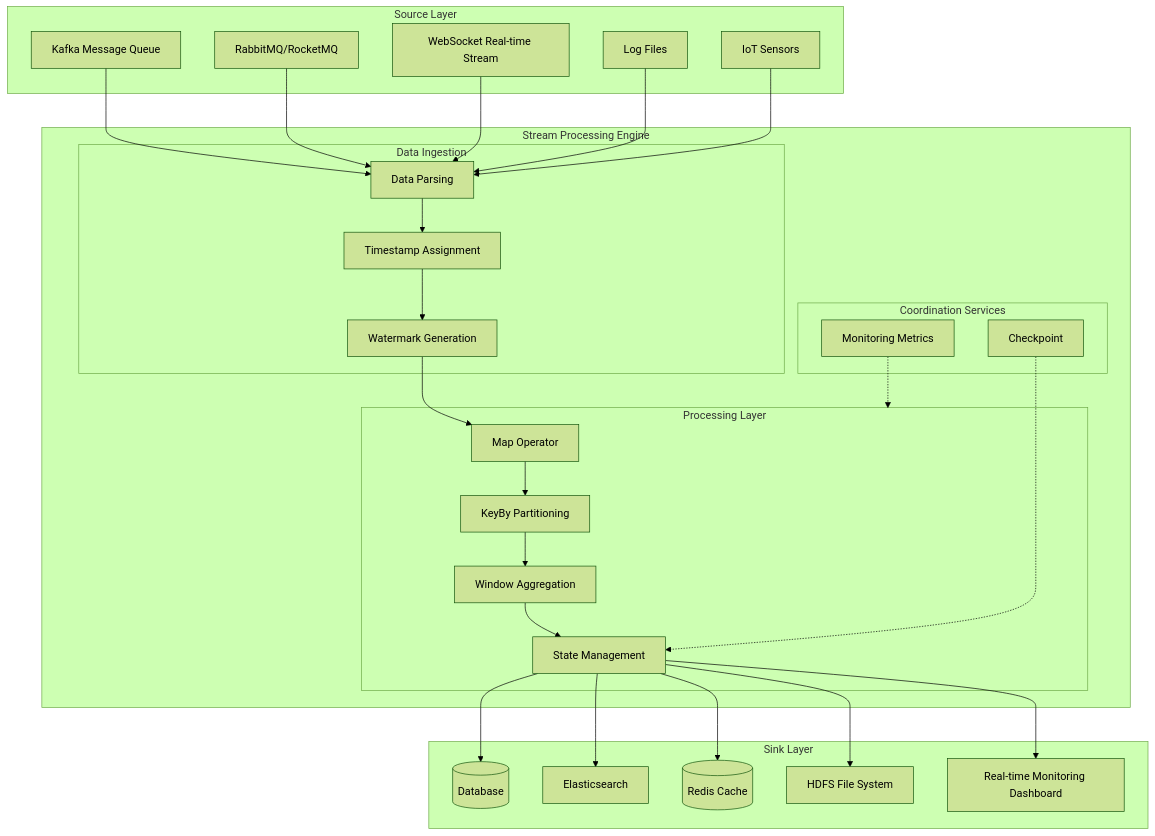
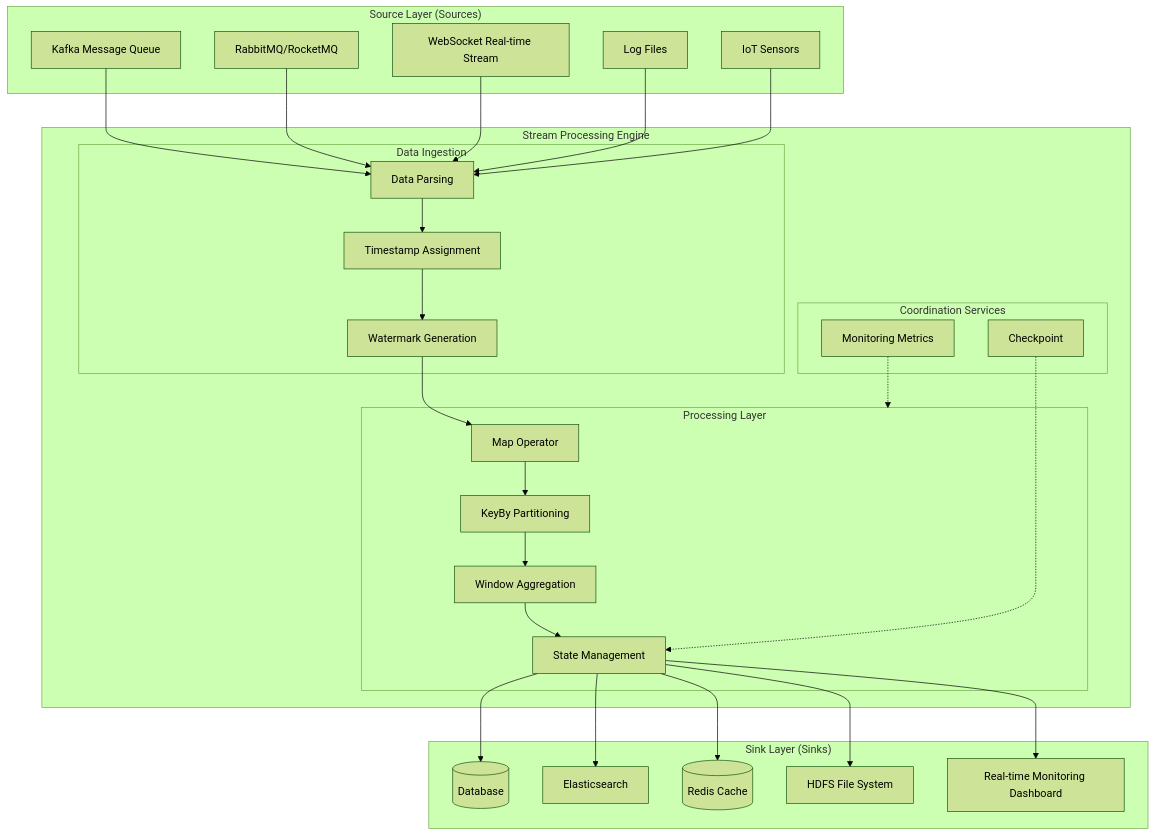
One commit to AdaMartin18010/AnalysisDataFlow changed the first of 5 diagrams in i18n/en/Knowledge/01-concept-atlas/01.01-stream-processing-fundamentals.md. Above: the diagram before and after it, drawn with Mermaid (forest theme). The commit also changed other lines of this file and 154 other files, not shown here.

````diff
--- a/i18n/en/Knowledge/01-concept-atlas/01.01-stream-processing-fundamentals.md
+++ b/i18n/en/Knowledge/01-concept-atlas/01.01-stream-processing-fundamentals.md
@@ -840,55 +840,55 @@
 ```mermaid
 graph TB
-    subgraph Sources["Source Layer"]
+    subgraph Sources["Source Layer (Sources)"]
         K[Kafka Message Queue]
         MQ[RabbitMQ/RocketMQ]
         WS[WebSocket Real-time Stream]
         Log[Log Files]
         IoT[IoT Sensors]
     end
 
     subgraph Engine["Stream Processing Engine"]
         subgraph Ingestion["Data Ingestion"]
             parser[Data Parsing]
             assigner[Timestamp Assignment]
             watermark[Watermark Generation]
         end
 
         subgraph Processing["Processing Layer"]
             map[Map Operator]
             keyby[KeyBy Partitioning]
             window[Window Aggregation]
             state[State Management]
         end
 
         subgraph Coordination["Coordination Services"]
             checkpoint[Checkpoint]
             metrics[Monitoring Metrics]
         end
     end
 
-    subgraph Sinks["Sink Layer"]
+    subgraph Sinks["Sink Layer (Sinks)"]
         DB[(Database)]
         ES[Elasticsearch]
         Redis[(Redis Cache)]
         HDFS[HDFS File System]
         Dashboard[Real-time Monitoring Dashboard]
     end
 
     K --> parser
     MQ --> parser
     WS --> parser
     Log --> parser
     IoT --> parser
 
     parser --> assigner --> watermark --> map --> keyby --> window --> state
 
     state --> DB
     state --> ES
     state --> Redis
     state --> HDFS
     state --> Dashboard
 
     checkpoint -.-> state
     metrics -.-> Processing
 ```
````
